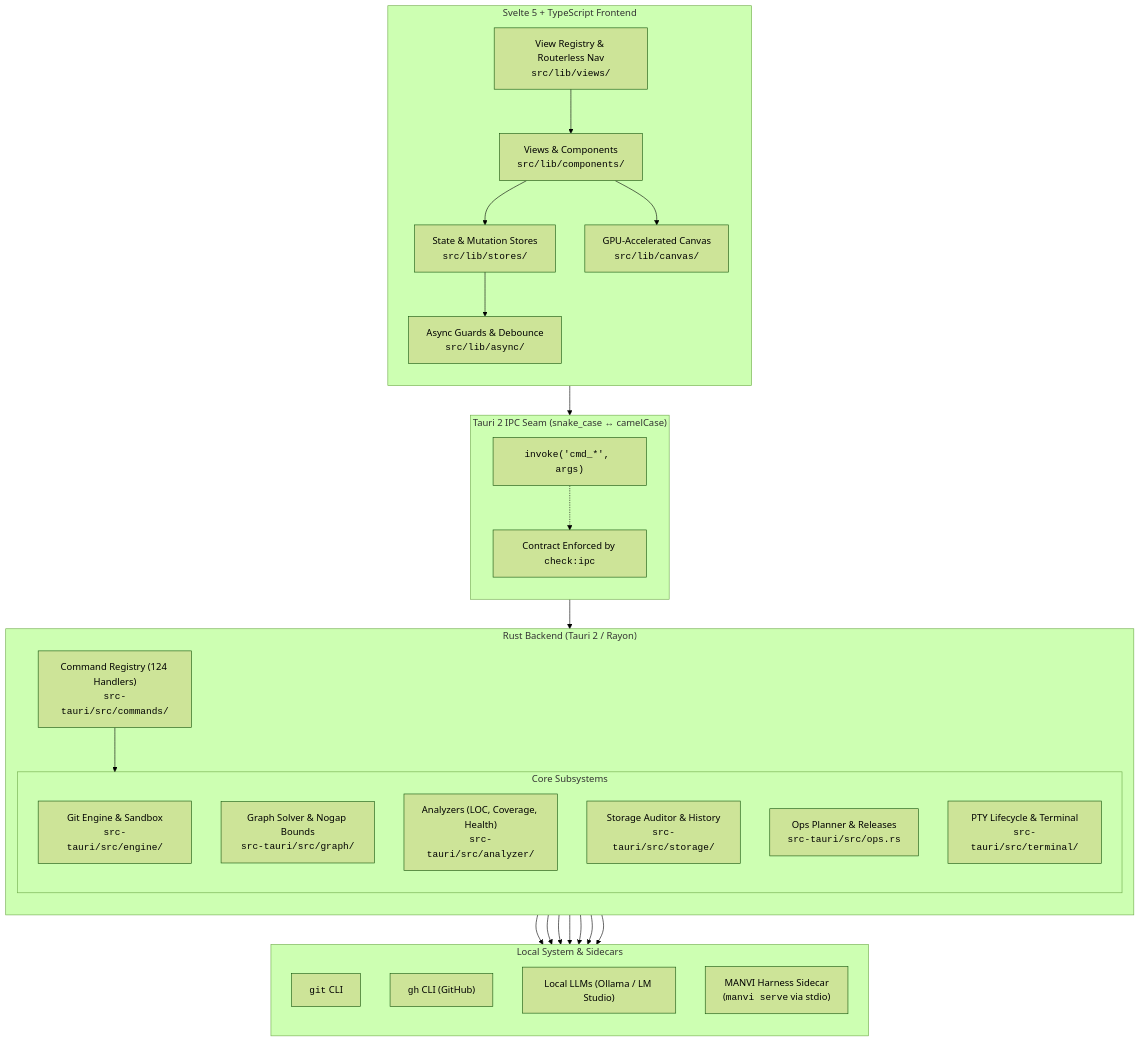
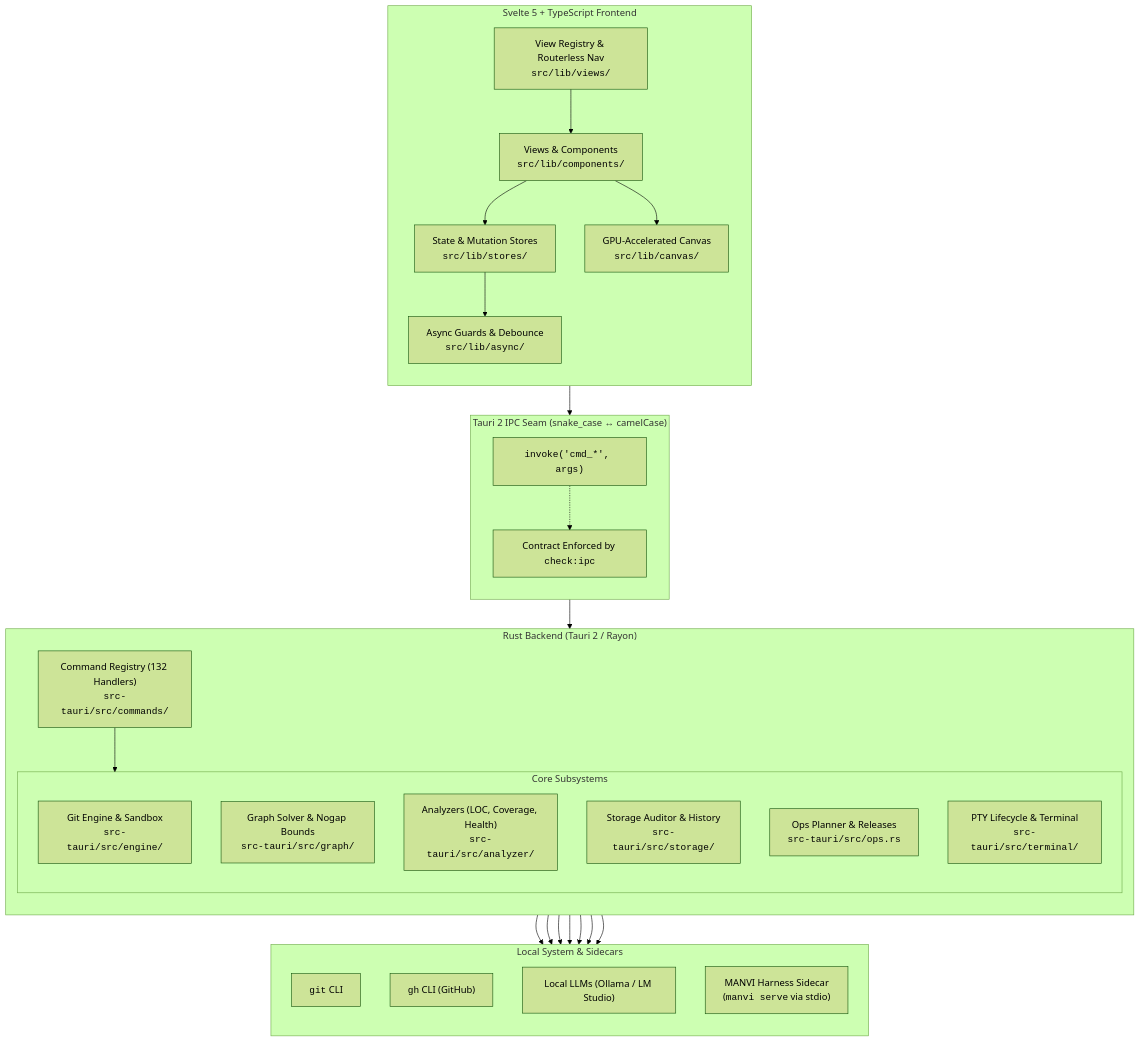
The first of 4 diagrams in docs/ARCHITECTURE.md (bharathvbcr/GitPulse), drawn with Mermaid (forest theme) before and after one commit. The commit also changed other lines of this file and 95 other files, not shown here.

````diff
--- a/docs/ARCHITECTURE.md
+++ b/docs/ARCHITECTURE.md
@@ -5,57 +5,57 @@
 ```mermaid
 flowchart TB
     subgraph Frontend["Svelte 5 + TypeScript Frontend"]
         direction TB
         UI["Views & Components<br/><code>src/lib/components/</code>"]
         Stores["State & Mutation Stores<br/><code>src/lib/stores/</code>"]
         Registry["View Registry & Routerless Nav<br/><code>src/lib/views/</code>"]
         Canvas["GPU-Accelerated Canvas<br/><code>src/lib/canvas/</code>"]
         Async["Async Guards & Debounce<br/><code>src/lib/async/</code>"]
         
         UI --> Stores
         UI --> Canvas
         Stores --> Async
         Registry --> UI
     end
 
     subgraph IPC["Tauri 2 IPC Seam (snake_case ↔ camelCase)"]
         direction TB
         Invoke["<code>invoke('cmd_*', args)</code>"]
         ContractCheck["Contract Enforced by <code>check:ipc</code>"]
         Invoke -.-> ContractCheck
     end
 
     subgraph Backend["Rust Backend (Tauri 2 / Rayon)"]
         direction TB
-        CmdRegistry["Command Registry (124 Handlers)<br/><code>src-tauri/src/commands/</code>"]
+        CmdRegistry["Command Registry (132 Handlers)<br/><code>src-tauri/src/commands/</code>"]
         
         subgraph Subsystems["Core Subsystems"]
             GitEngine["Git Engine & Sandbox<br/><code>src-tauri/src/engine/</code>"]
             GraphSolver["Graph Solver & Nogap Bounds<br/><code>src-tauri/src/graph/</code>"]
             Analyzers["Analyzers (LOC, Coverage, Health)<br/><code>src-tauri/src/analyzer/</code>"]
             StorageAuditor["Storage Auditor & History<br/><code>src-tauri/src/storage/</code>"]
             OpsPlanner["Ops Planner & Releases<br/><code>src-tauri/src/ops.rs</code>"]
             PtyTerminal["PTY Lifecycle & Terminal<br/><code>src-tauri/src/terminal/</code>"]
         end
         
         CmdRegistry --> Subsystems
     end
 
     subgraph External["Local System & Sidecars"]
         direction TB
         LocalGit["<code>git</code> CLI"]
         LocalGh["<code>gh</code> CLI (GitHub)"]
         LocalLLM["Local LLMs (Ollama / LM Studio)"]
         ManviSidecar["MANVI Harness Sidecar<br/>(<code>manvi serve</code> via stdio)"]
     end
 
     Async --> Invoke
     Invoke --> CmdRegistry
     GitEngine --> LocalGit
     Analyzers --> LocalGit
     Analyzers --> LocalGh
     Analyzers --> LocalLLM
     OpsPlanner --> LocalGh
     OpsPlanner --> ManviSidecar
     Subsystems --> ManviSidecar
 ```
````
